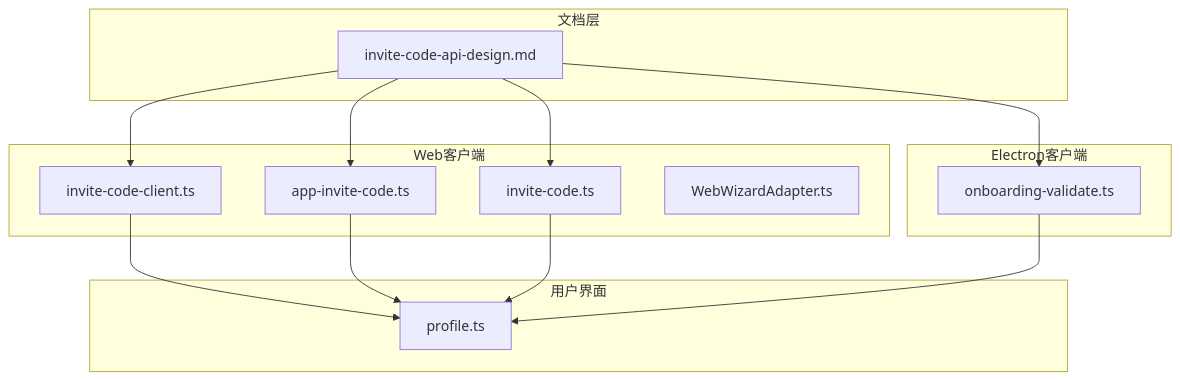
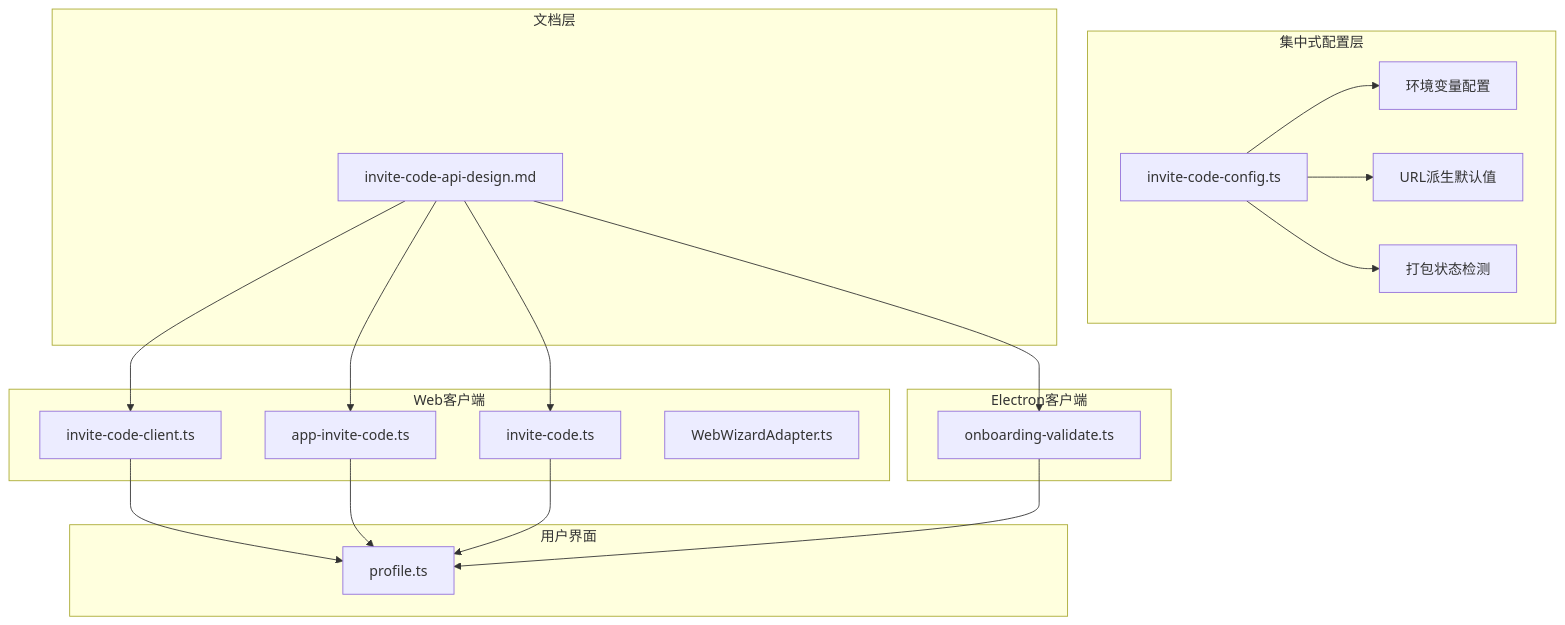
One commit to verse-ai-org/openclaw changed the first of 10 diagrams in .qoder/repowiki/zh/content/核心概念/邀请码系统.md. Above: the diagram before and after it, drawn with Mermaid. The commit also changed other lines of this file and 50 other files, not shown here.

````diff
--- a/.qoder/repowiki/zh/content/核心概念/邀请码系统.md
+++ b/.qoder/repowiki/zh/content/核心概念/邀请码系统.md
@@ -35,26 +45,35 @@
 ```mermaid
 graph TB
+subgraph "集中式配置层"
+A[invite-code-config.ts]
+B[环境变量配置]
+C[URL派生默认值]
+D[打包状态检测]
+end
 subgraph "文档层"
-A[invite-code-api-design.md]
+E[invite-code-api-design.md]
 end
 subgraph "Web客户端"
-B[invite-code-client.ts]
-C[app-invite-code.ts]
-D[invite-code.ts]
-E[WebWizardAdapter.ts]
+F[invite-code-client.ts]
+G[app-invite-code.ts]
+H[invite-code.ts]
+I[WebWizardAdapter.ts]
 end
 subgraph "Electron客户端"
-F[onboarding-validate.ts]
+J[onboarding-validate.ts]
 end
 subgraph "用户界面"
-G[profile.ts]
+K[profile.ts]
 end
 A --> B
 A --> C
 A --> D
-A --> F
-B --> G
-C --> G
-D --> G
-F --> G
+E --> F
+E --> G
+E --> H
+E --> J
+F --> K
+G --> K
+H --> K
+J --> K
 ```
````
